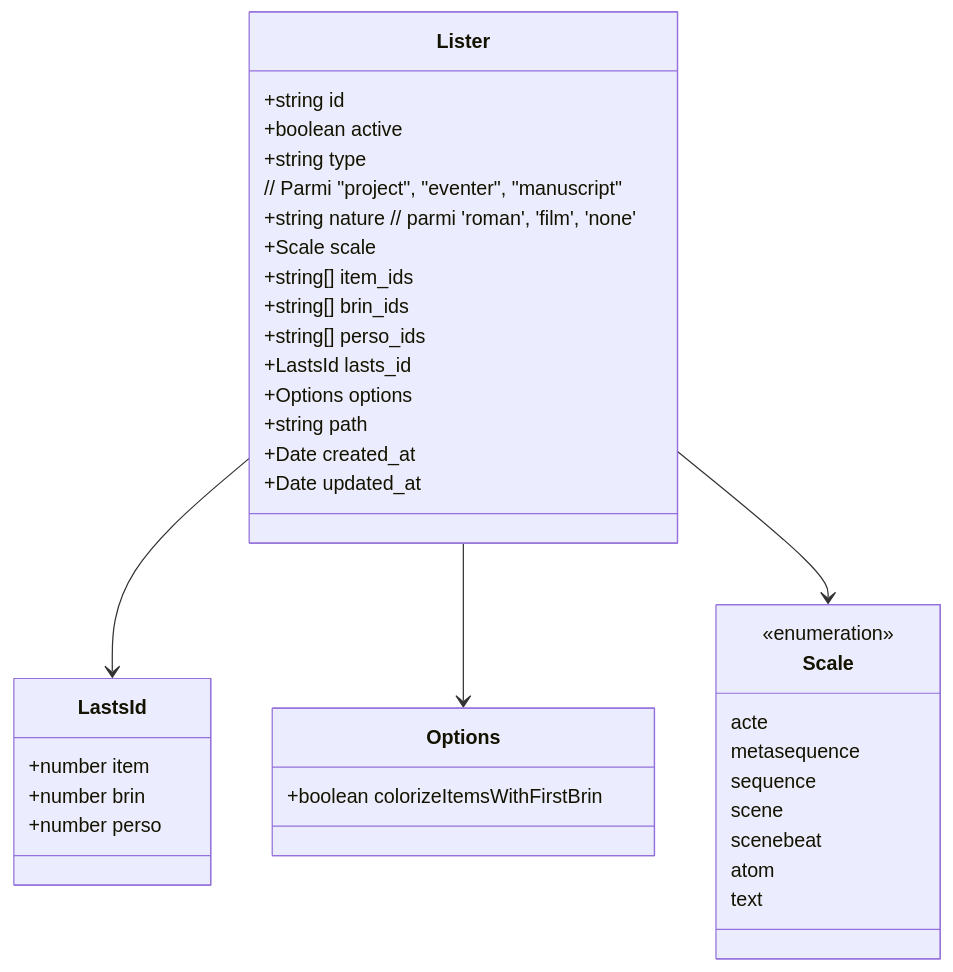
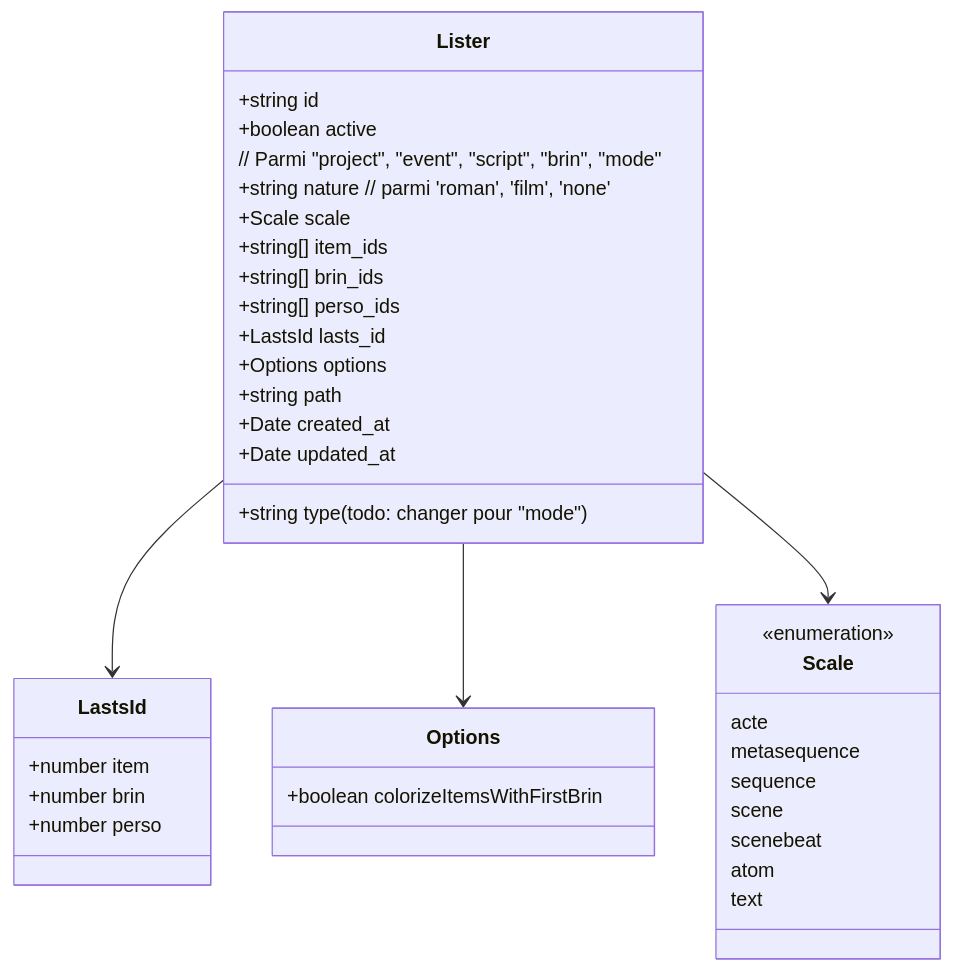
The first of 3 diagrams in dev/Specs-modeles.md (PhilippePerret/Eventer3), drawn with Mermaid before and after one commit. The commit also changed other lines of this file and 33 other files, not shown here.

```diff
--- a/dev/Specs-modeles.md
+++ b/dev/Specs-modeles.md
@@ -77,44 +77,44 @@
 ~~~mermaid
 classDiagram
 	class Lister {
 		+string id
 		+boolean active
-		+string type
-		// Parmi "project", "eventer", "manuscript"
+		+string type (todo: changer pour "mode")
+		// Parmi "project", "event", "script", "brin", "mode"
 		+string nature // parmi 'roman', 'film', 'none'
 		+Scale scale
 		+string[] item_ids
 		+string[] brin_ids
 		+string[] perso_ids
 		+LastsId   lasts_id
 		+Options options
 		+string path
 		+Date created_at
 		+Date updated_at
 	}
 	
 	class LastsId {
 		+number item
 		+number brin
 		+number perso
 	}
 	
 	class Options {
 		+boolean colorizeItemsWithFirstBrin
 	}
 	
 	class Scale {
 		<<enumeration>>
 		acte
 		metasequence
 		sequence
 		scene
 		scenebeat
 		atom
 		text
 	}
 	
 	Lister --> LastsId
 	Lister --> Options
 	Lister --> Scale
 ~~~
```
